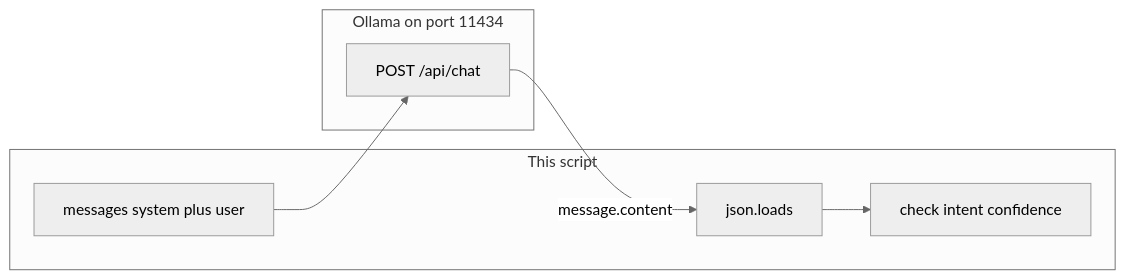
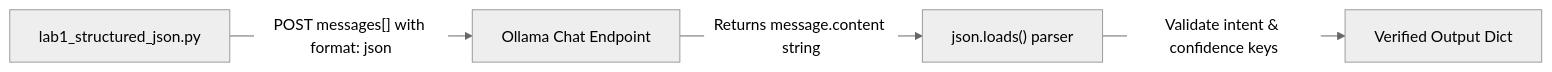
The diagram in education/02_the_contract/lab1_structured_json.md (jacobbweber/AgenticAI-Labs), drawn with Mermaid (neutral theme) before and after one commit. The commit also changed other lines of this file and 123 other files, not shown here.

````diff
--- a/education/02_the_contract/lab1_structured_json.md
+++ b/education/02_the_contract/lab1_structured_json.md
@@ -13,14 +17,6 @@
 ```mermaid
 flowchart LR
-    subgraph ch02_lab1_script [This script]
-        M["messages system plus user"]
-        P["json.loads"]
-        K["check intent confidence"]
-    end
-    subgraph ch02_lab1_host [Ollama on port 11434]
-        C["POST /api/chat"]
-    end
-    M --> C
-    C -->|"message.content"| P
-    P --> K
+    A["lab1_structured_json.py"] -->|"POST messages[] with format: json"| B["Ollama Chat Endpoint"]
+    B -->|"Returns message.content string"| C["json.loads() parser"]
+    C -->|"Validate intent & confidence keys"| D["Verified Output Dict"]
 ```
````
